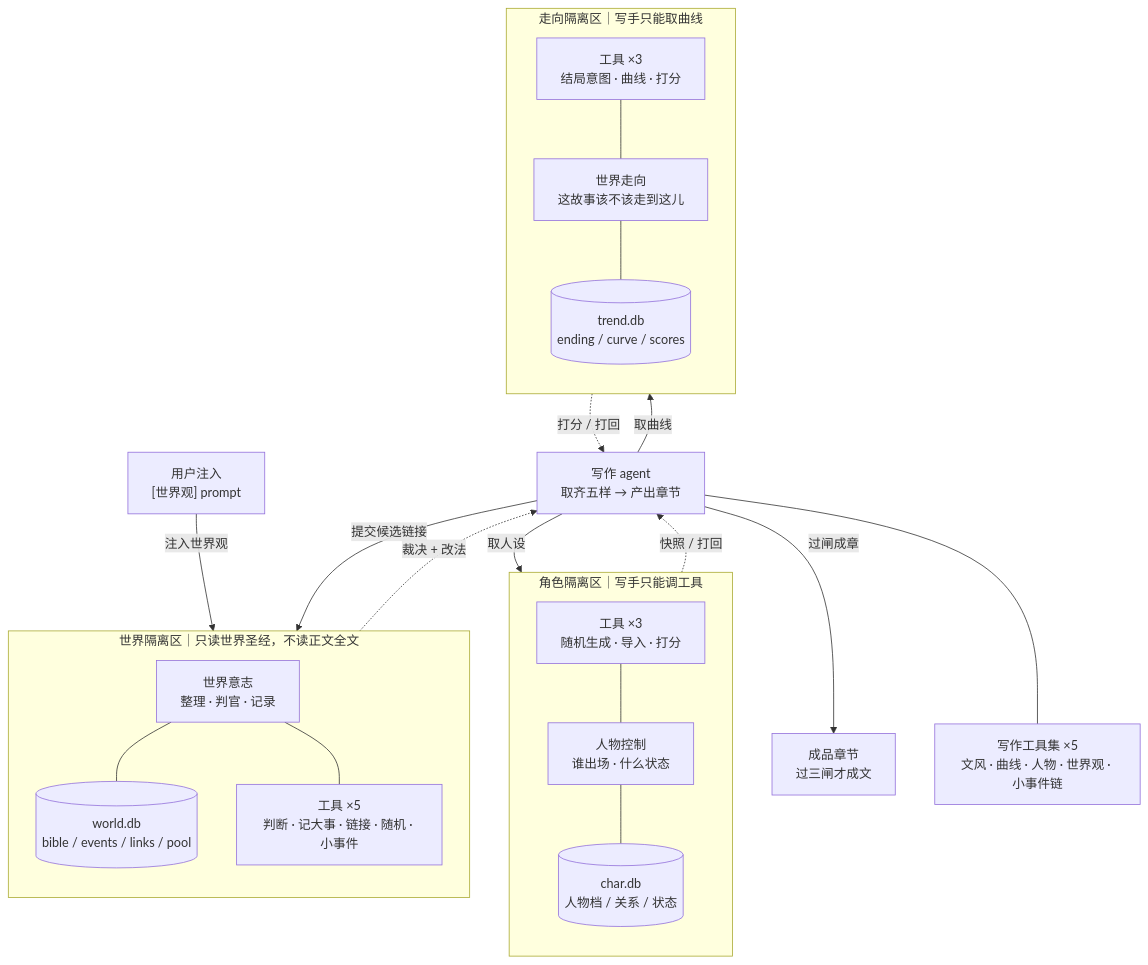
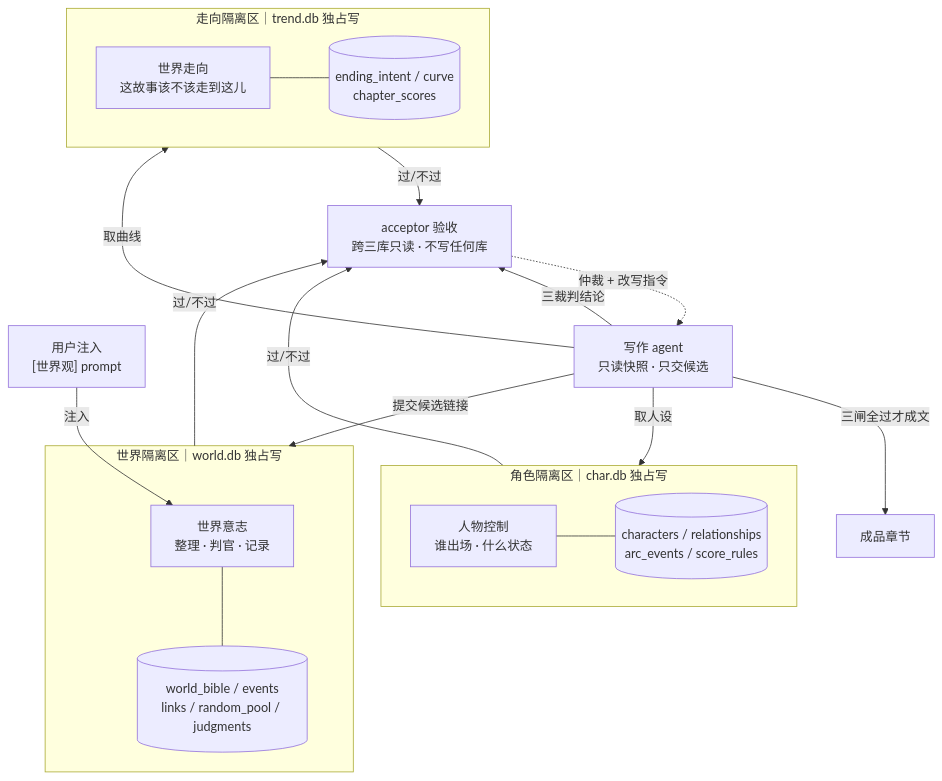
The diagram in README.md (zize0211/novel-mas), drawn with Mermaid before and after one commit. The commit also changed other lines of this file, not shown here.

Commit message:
docs: 重写 README —— 补 acceptor、19 工具清单、实验摘要、已知局限（学习交流版）

````diff
--- a/README.md
+++ b/README.md
@@ -108,45 +47,37 @@
 ```mermaid
 flowchart TB
     U["用户注入<br/>[世界观] prompt"]
 
-    subgraph WW["世界隔离区｜只读世界圣经，不读正文全文"]
-        direction TB
+    subgraph WW["世界隔离区｜world.db 独占写"]
         WILL["世界意志<br/>整理 · 判官 · 记录"]
-        WDB[("world.db<br/>bible / events / links / pool")]
-        WTOOLS["工具 ×5<br/>判断 · 记大事 · 链接 · 随机 · 小事件"]
+        WDB[("world_bible / events<br/>links / random_pool / judgments")]
         WILL --- WDB
-        WILL --- WTOOLS
     end
 
-    subgraph CH["角色隔离区｜写手只能调工具"]
-        direction TB
-        CTOOLS["工具 ×3<br/>随机生成 · 导入 · 打分"]
+    subgraph CH["角色隔离区｜char.db 独占写"]
         CHAR["人物控制<br/>谁出场 · 什么状态"]
-        CDB[("char.db<br/>人物档 / 关系 / 状态")]
+        CDB[("characters / relationships<br/>arc_events / score_rules")]
         CHAR --- CDB
-        CTOOLS --- CHAR
     end
 
-    subgraph TR["走向隔离区｜写手只能取曲线"]
-        direction TB
-        TTOOLS["工具 ×3<br/>结局意图 · 曲线 · 打分"]
+    subgraph TR["走向隔离区｜trend.db 独占写"]
         TREND["世界走向<br/>这故事该不该走到这儿"]
-        TDB[("trend.db<br/>ending / curve / scores")]
+        TDB[("ending_intent / curve<br/>chapter_scores")]
         TREND --- TDB
-        TTOOLS --- TREND
     end
 
-    WRITER["写作 agent<br/>取齐五样 → 产出章节"]
-    WTOOLS2["写作工具集 ×5<br/>文风 · 曲线 · 人物 · 世界观 · 小事件链"]
-    OUT["成品章节<br/>过三闸才成文"]
+    WRITER["写作 agent<br/>只读快照 · 只交候选"]
+    ACC["acceptor 验收<br/>跨三库只读 · 不写任何库"]
+    OUT["成品章节"]
 
-    U -->|注入世界观| WILL
-    WRITER -->|提交候选链接| WILL
-    WILL -.->|裁决 + 改法| WRITER
-    WRITER -->|取人设| CTOOLS
-    CTOOLS -.->|快照 / 打回| WRITER
-    WRITER -->|取曲线| TTOOLS
-    TTOOLS -.->|打分 / 打回| WRITER
-    WRITER --- WTOOLS2
-    WRITER -->|过闸成章| OUT
+    U -->|注入| WILL
+    WRITER -->|取人设| CH
+    WRITER -->|取曲线| TR
+    WRITER -->|提交候选链接| WW
+    WRITER -->|三裁判结论| ACC
+    ACC -.->|仲裁 + 改写指令| WRITER
+    WW -->|过/不过| ACC
+    CH -->|过/不过| ACC
+    TR -->|过/不过| ACC
+    WRITER -->|三闸全过才成文| OUT
 ```
````
